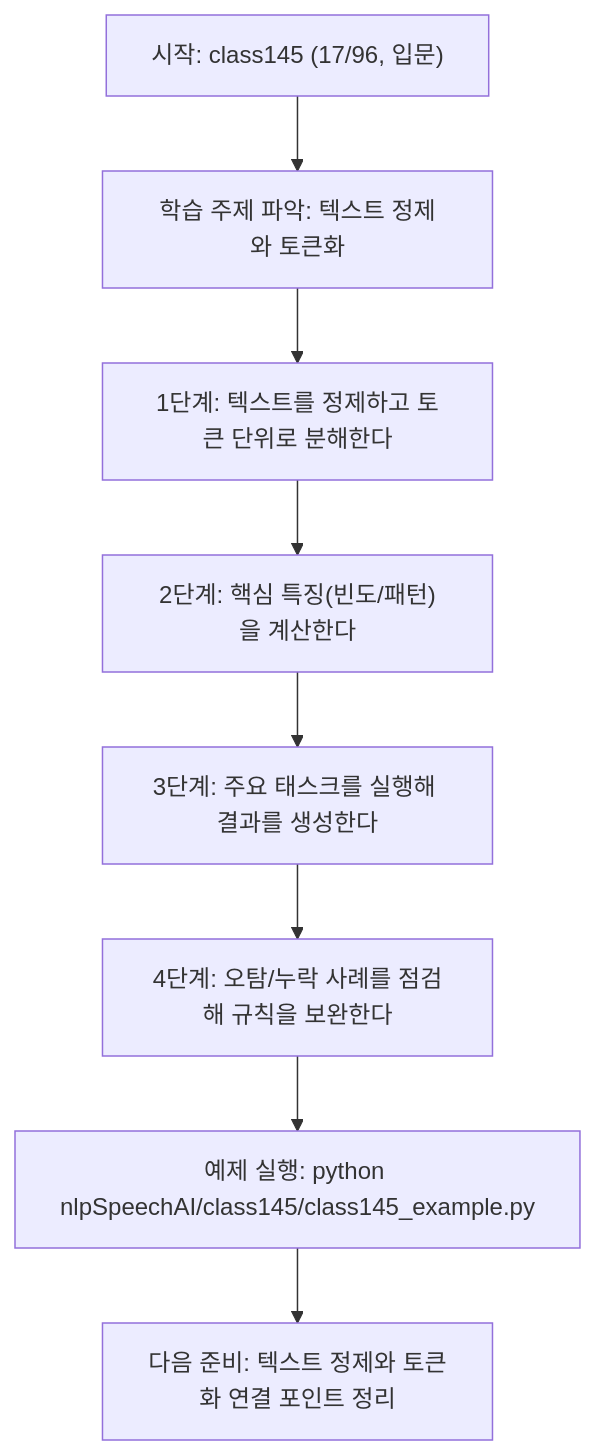
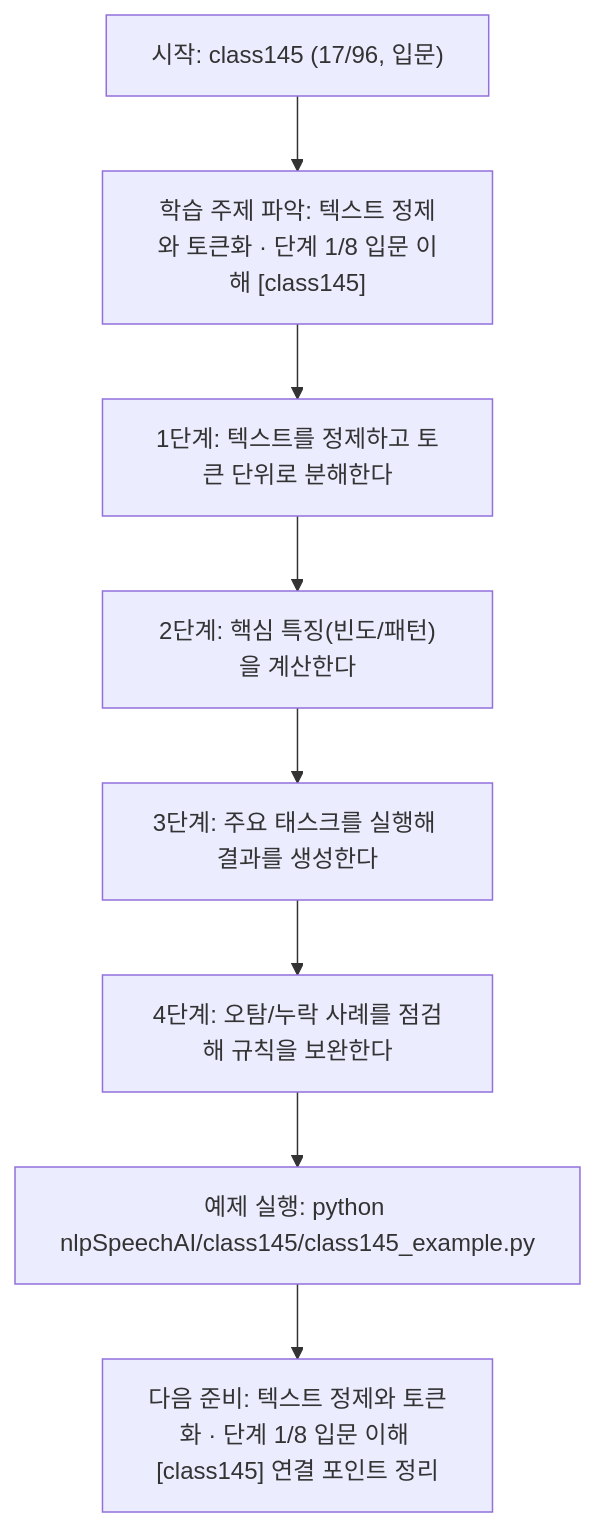
The diagram in nlpSpeechAI/class145/class145.md (edumgt/Python-AI_Agent-Class), drawn with Mermaid before and after one commit. The commit also changed other lines of this file and 522 other files, not shown here.

````diff
--- a/nlpSpeechAI/class145/class145.md
+++ b/nlpSpeechAI/class145/class145.md
@@ -113,18 +114,18 @@
 ```mermaid
 flowchart TD
 N1["시작: class145 (17/96, 입문)"]
-N2["학습 주제 파악: 텍스트 정제와 토큰화"]
+N2["학습 주제 파악: 텍스트 정제와 토큰화 · 단계 1/8 입문 이해 [class145]"]
 N3["1단계: 텍스트를 정제하고 토큰 단위로 분해한다"]
 N4["2단계: 핵심 특징(빈도/패턴)을 계산한다"]
 N5["3단계: 주요 태스크를 실행해 결과를 생성한다"]
 N6["4단계: 오탐/누락 사례를 점검해 규칙을 보완한다"]
 N7["예제 실행: python nlpSpeechAI/class145/class145_example.py"]
-N8["다음 준비: 텍스트 정제와 토큰화 연결 포인트 정리"]
+N8["다음 준비: 텍스트 정제와 토큰화 · 단계 1/8 입문 이해 [class145] 연결 포인트 정리"]
 N1 --> N2
 N2 --> N3
 N3 --> N4
 N4 --> N5
 N5 --> N6
 N6 --> N7
 N7 --> N8
 ```
````
